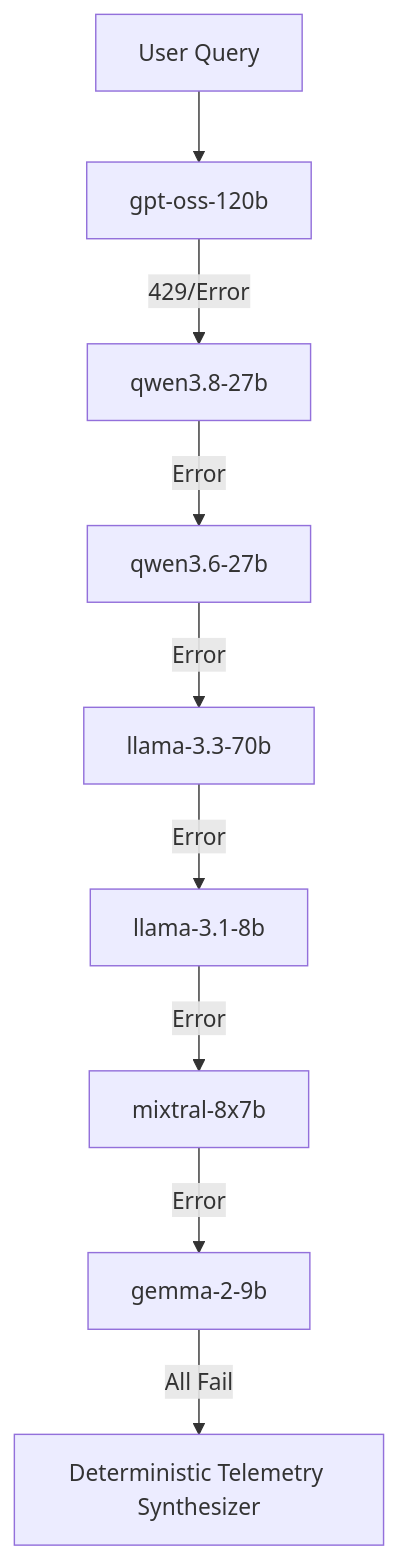
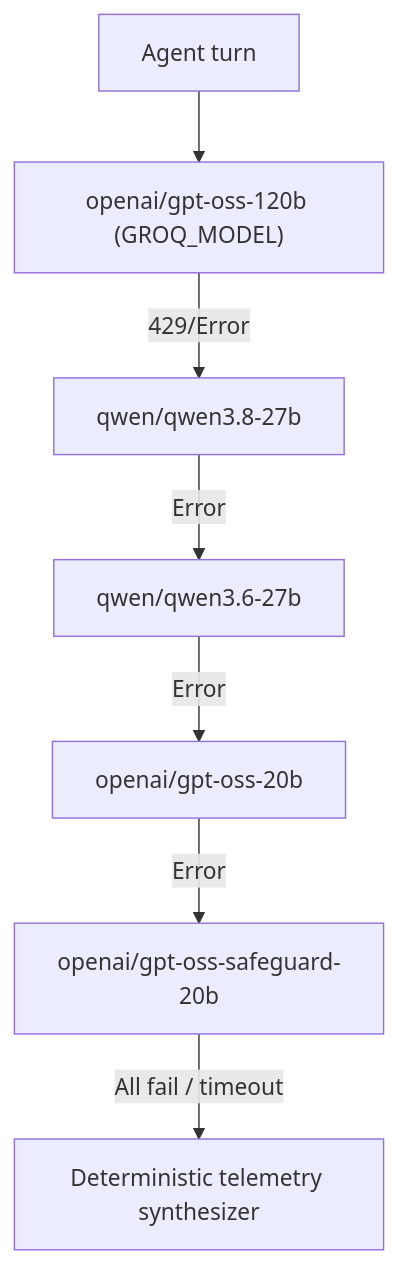
Before and after one commit to omsenjalia/weathergpt-app: the fifth of 9 diagrams in ARCHITECTURE.md, drawn with Mermaid. The commit also changed other lines of this file, not shown here.

First line of the commit message:
docs: sync ARCHITECTURE.md with current app and backend (#38)

````diff
--- a/ARCHITECTURE.md
+++ b/ARCHITECTURE.md
@@ -432,11 +521,9 @@
 ```mermaid
 graph TD
-    Q["User Query"] --> M1["gpt-oss-120b"]
-    M1 -->|429/Error| M2["qwen3.8-27b"]
-    M2 -->|Error| M3["qwen3.6-27b"]
-    M3 -->|Error| M4["llama-3.3-70b"]
-    M4 -->|Error| M5["llama-3.1-8b"]
-    M5 -->|Error| M6["mixtral-8x7b"]
-    M6 -->|Error| M7["gemma-2-9b"]
-    M7 -->|All Fail| DET["Deterministic Telemetry Synthesizer"]
+    Q["Agent turn"] --> M1["openai/gpt-oss-120b (GROQ_MODEL)"]
+    M1 -->|429/Error| M2["qwen/qwen3.8-27b"]
+    M2 -->|Error| M3["qwen/qwen3.6-27b"]
+    M3 -->|Error| M4["openai/gpt-oss-20b"]
+    M4 -->|Error| M5["openai/gpt-oss-safeguard-20b"]
+    M5 -->|All fail / timeout| DET["Deterministic telemetry synthesizer"]
 ```
````
